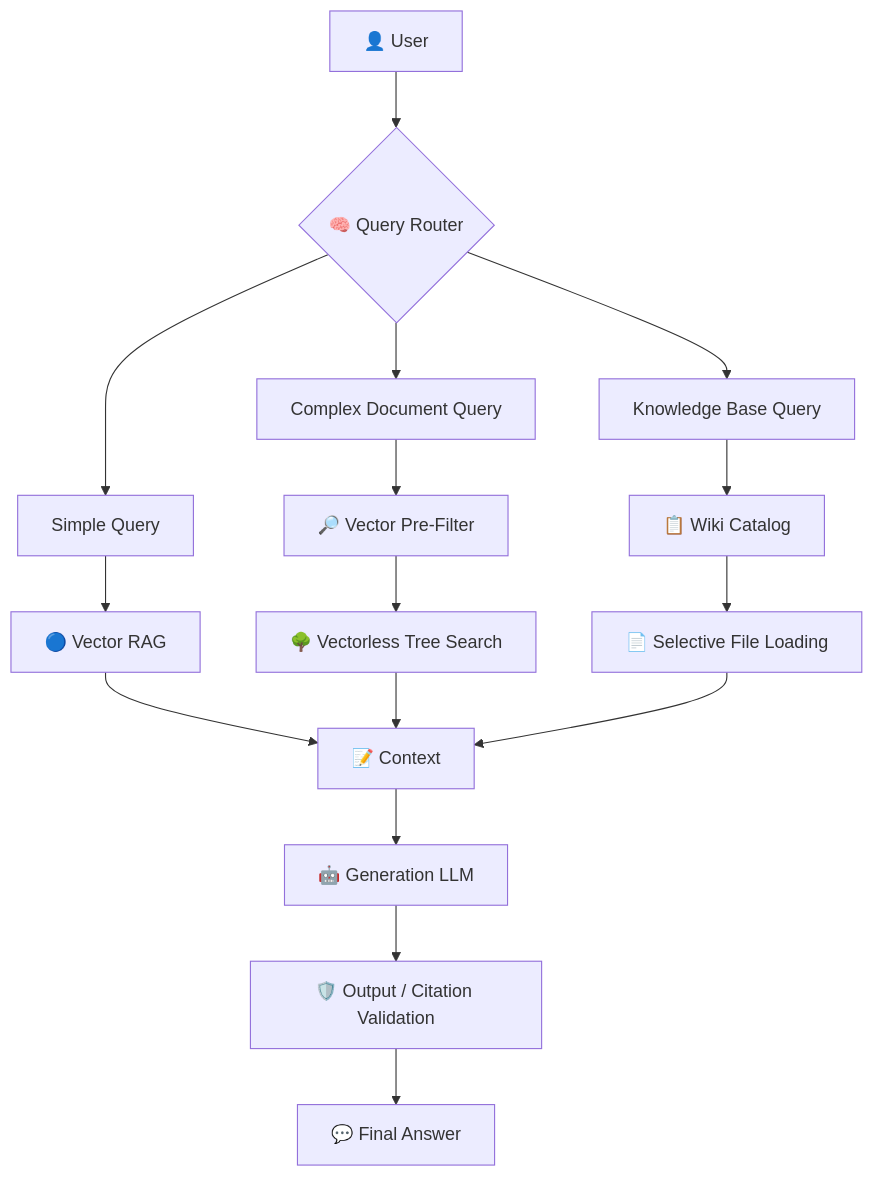
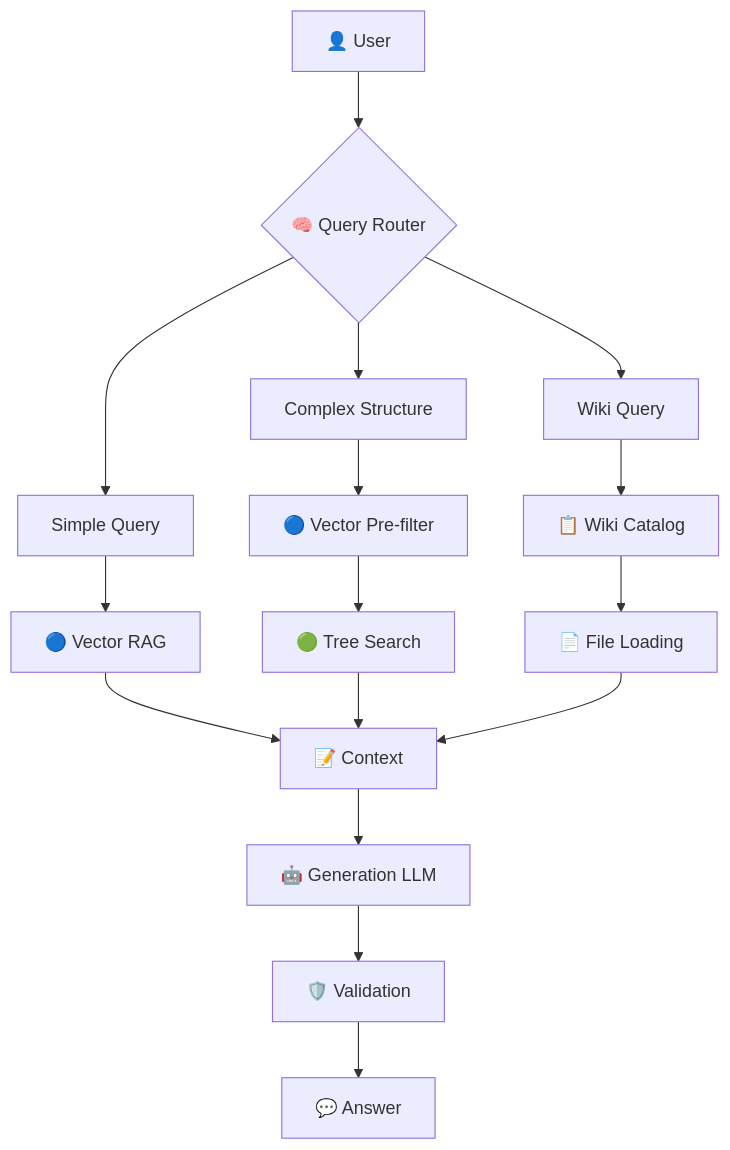
Diagram 13 of 16 in Lecture 18 - Vectorless RAG and LLM Wiki/notes/Lecture_18_Complete_Notes.md (Amie-dev/FDE-and-GenAI-Mastery), drawn with Mermaid before and after one commit. The commit also changed other lines of this file and 6 other files, not shown here.

First line of the commit message:
Enhance Lecture 18 notes on Vectorless RAG and LLM Wiki

````diff
--- a/Lecture 18 - Vectorless RAG and LLM Wiki/notes/Lecture_18_Complete_Notes.md
+++ b/Lecture 18 - Vectorless RAG and LLM Wiki/notes/Lecture_18_Complete_Notes.md
@@ -599,19 +565,25 @@
 ```mermaid
 flowchart TD
     USER["👤 User"]
     USER --> ROUTER{"🧠 Query Router"}
     ROUTER --> SIMPLE["Simple Query"]
-    ROUTER --> COMPLEX["Complex Document Query"]
-    ROUTER --> WIKIQUERY["Knowledge Base Query"]
+    ROUTER --> COMPLEX["Complex Structure"]
+    ROUTER --> WIKI["Wiki Query"]
+
     SIMPLE --> VECTOR["🔵 Vector RAG"]
-    COMPLEX --> PREFILTER["🔎 Vector Pre-Filter"]
-    PREFILTER --> TREE["🌳 Vectorless Tree Search"]
-    WIKIQUERY --> CATALOG["📋 Wiki Catalog"]
-    CATALOG --> FILES["📄 Selective File Loading"]
+    COMPLEX --> PREFILTER["🔵 Vector Pre-filter"]
+    PREFILTER --> TREE["🟢 Tree Search"]
+    WIKI --> CATALOG["📋 Wiki Catalog"]
+    CATALOG --> FILES["📄 File Loading"]
+
     VECTOR --> CONTEXT["📝 Context"]
     TREE --> CONTEXT
     FILES --> CONTEXT
     CONTEXT --> LLM["🤖 Generation LLM"]
-    LLM --> GUARD["🛡️ Output / Citation Validation"]
-    GUARD --> ANSWER["💬 Final Answer"]
+    LLM --> GUARD["🛡️ Validation"]
+    GUARD --> ANSWER["💬 Answer"]
+
+    classDef v fill:#e8f4fd,stroke:#4a90d2
+    classDef g fill:#e8f8e8,stroke:#2ecc71
+    classDef w fill:#f3e5f5,stroke:#7b1fa2
 ```
````
